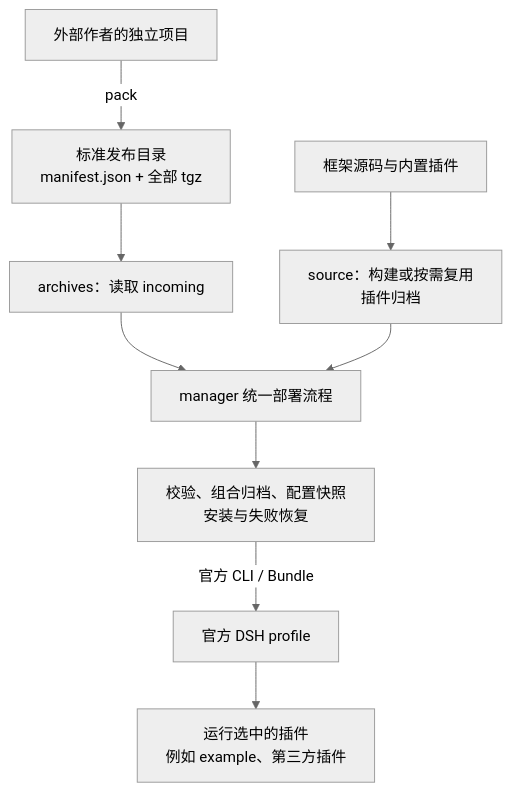
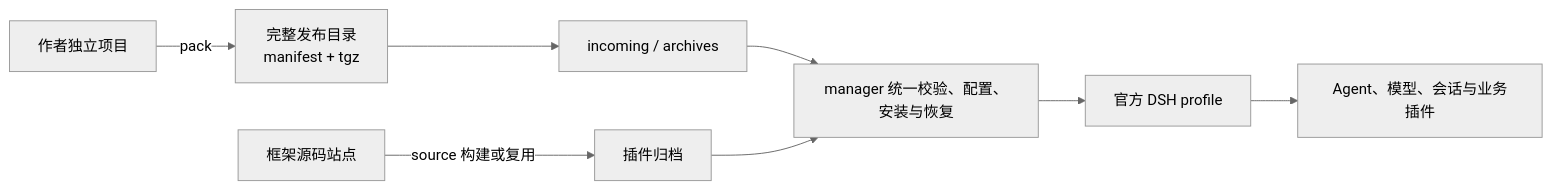
The diagram in README.md (PelyDeng/dsh-plugin-manager), drawn with Mermaid (neutral theme) before and after one commit. The commit also changed other lines of this file and 6 other files, not shown here.

````diff
--- a/README.md
+++ b/README.md
@@ -75,11 +87,10 @@
 ```mermaid
-flowchart TB
-    A["外部作者的独立项目"] -->|pack| B["标准发布目录<br/>manifest.json + 全部 tgz"]
-    B --> C["archives：读取 incoming"]
-    D["框架源码与内置插件"] --> E["source：构建或按需复用<br/>插件归档"]
-    C --> F["manager 统一部署流程"]
+flowchart LR
+    A["作者独立项目"] -->|pack| B["完整发布目录<br/>manifest + tgz"]
+    B --> C["incoming / archives"]
+    D["框架源码站点"] -->|source 构建或复用| E["插件归档"]
+    C --> F["manager 统一校验、配置、安装与恢复"]
     E --> F
-    F --> G["校验、组合归档、配置快照<br/>安装与失败恢复"]
-    G -->|官方 CLI / Bundle| H["官方 DSH profile"]
-    H --> I["运行选中的插件<br/>例如 example、第三方插件"]
+    F --> G["官方 DSH profile"]
+    G --> H["Agent、模型、会话与业务插件"]
 ```
````
